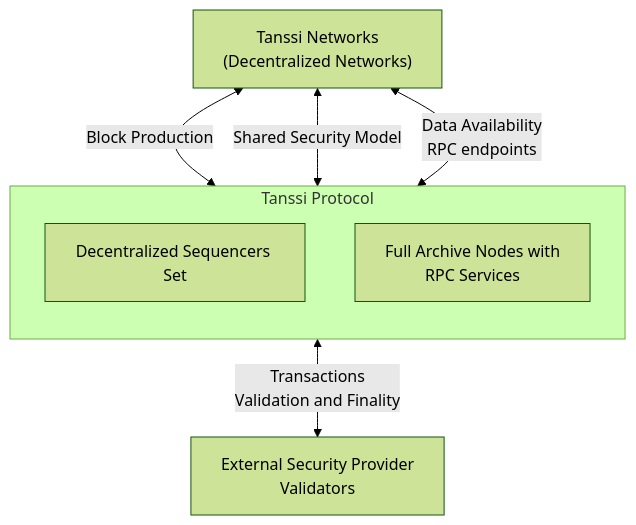
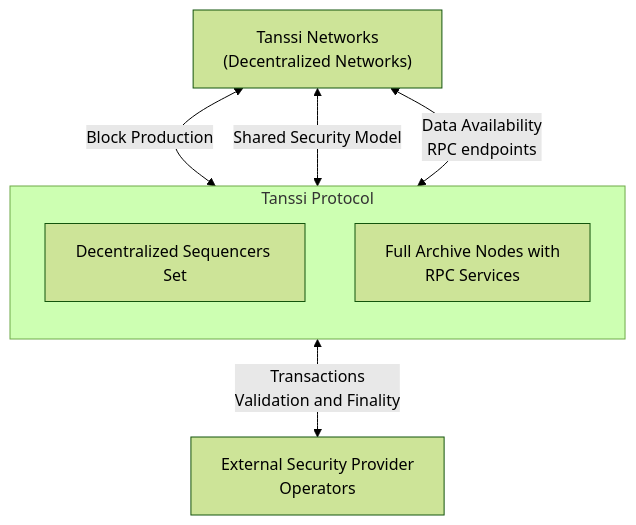
One commit to moondance-labs/tanssi-docs changed the diagram in learn/decentralized-networks/overview.md. Above: the diagram before and after it, drawn with Mermaid (forest theme). The commit also changed other lines of this file and 52 other files, not shown here.

````diff
--- a/learn/decentralized-networks/overview.md
+++ b/learn/decentralized-networks/overview.md
@@ -29,17 +29,17 @@
 ```mermaid
 flowchart TB
     networks["Tanssi Networks<br/>(Decentralized Networks)"]
 
     subgraph tanssi["Tanssi Protocol"]
         direction TB
         sequencers["Decentralized Sequencers Set"]
         node["Full Archive Nodes with<br/>RPC Services"]
     end
 
-    security["External Security Provider<br/>Validators"]
+    security["External Security Provider<br/>Operators"]
     
     networks<--Block Production-->tanssi
     networks<--Shared Security Model-->tanssi
     networks<--Data Availability<br/>RPC endpoints-->tanssi
     tanssi<--Transactions<br/>Validation and Finality-->security
 ```
````
